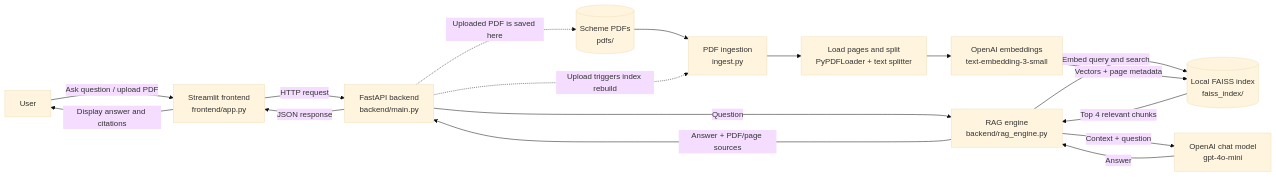
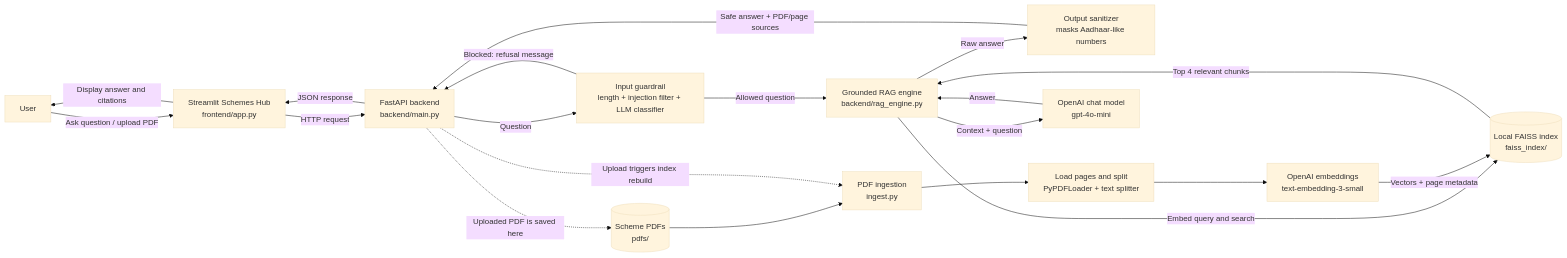
The diagram in README.md (SocialEagleAI-B13-Learning/Agri-scheme-bot), drawn with Mermaid (base theme) before and after one commit. The commit also changed other lines of this file, not shown here.

````diff
--- a/README.md
+++ b/README.md
@@ -16,31 +28,36 @@
 ```mermaid
 flowchart LR
     User["User"]
-    UI["Streamlit frontend<br/>frontend/app.py"]
+    UI["Streamlit Schemes Hub<br/>frontend/app.py"]
     API["FastAPI backend<br/>backend/main.py"]
-    RAG["RAG engine<br/>backend/rag_engine.py"]
+    Guard["Input guardrail<br/>length + injection filter + LLM classifier"]
+    RAG["Grounded RAG engine<br/>backend/rag_engine.py"]
+    Sanitize["Output sanitizer<br/>masks Aadhaar-like numbers"]
     Index[("Local FAISS index<br/>faiss_index/")]
     PDFs[("Scheme PDFs<br/>pdfs/")]
     Ingest["PDF ingestion<br/>ingest.py"]
     Loader["Load pages and split<br/>PyPDFLoader + text splitter"]
     Embed["OpenAI embeddings<br/>text-embedding-3-small"]
     LLM["OpenAI chat model<br/>gpt-4o-mini"]
 
     User -->|"Ask question / upload PDF"| UI
     UI -->|"HTTP request"| API
-    API -->|"Question"| RAG
+    API -->|"Question"| Guard
+    Guard -->|"Blocked: refusal message"| API
+    Guard -->|"Allowed question"| RAG
     RAG -->|"Embed query and search"| Index
     Index -->|"Top 4 relevant chunks"| RAG
     RAG -->|"Context + question"| LLM
     LLM -->|"Answer"| RAG
-    RAG -->|"Answer + PDF/page sources"| API
+    RAG -->|"Raw answer"| Sanitize
+    Sanitize -->|"Safe answer + PDF/page sources"| API
     API -->|"JSON response"| UI
     UI -->|"Display answer and citations"| User
 
     PDFs --> Ingest
     Ingest --> Loader
     Loader --> Embed
     Embed -->|"Vectors + page metadata"| Index
     API -.->|"Uploaded PDF is saved here"| PDFs
     API -.->|"Upload triggers index rebuild"| Ingest
 ```
````
